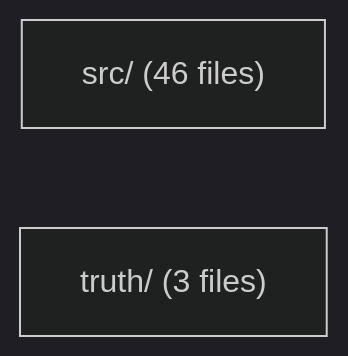
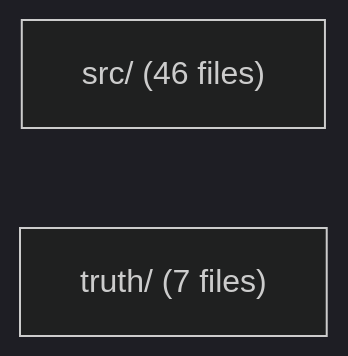
One commit to sns45/greplost changed the first of 6 diagrams in .greplost/packages/greplost__bench/MAP.md. Above: the diagram before and after it, drawn with Mermaid (dark theme). The commit also changed other lines of this file and 43 other files, not shown here.

````diff
--- a/.greplost/packages/greplost__bench/MAP.md
+++ b/.greplost/packages/greplost__bench/MAP.md
@@ -126,5 +139,5 @@
 ```mermaid
 graph LR
   bench_src["src/ #40;46 files#41;"]
-  bench_truth["truth/ #40;3 files#41;"]
+  bench_truth["truth/ #40;7 files#41;"]
 ```
````
